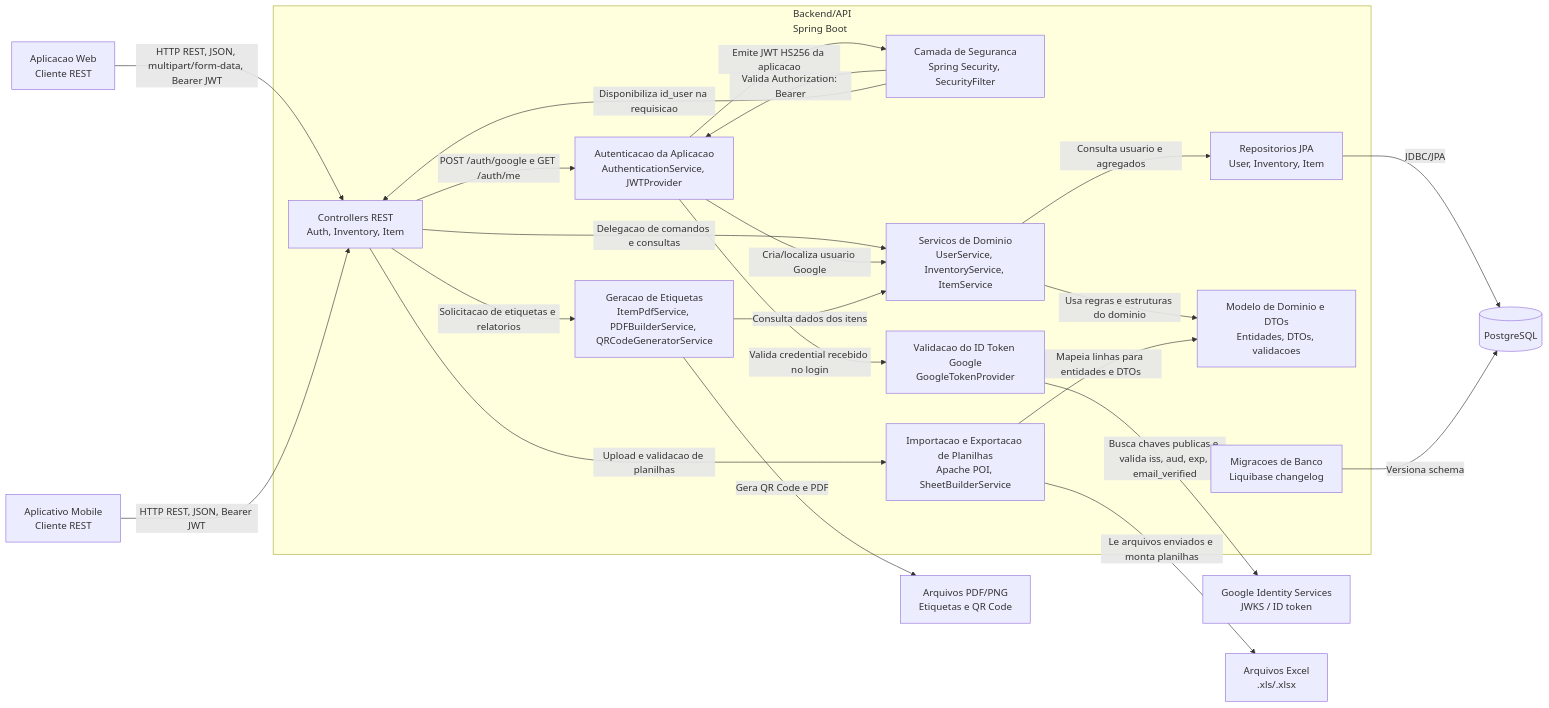
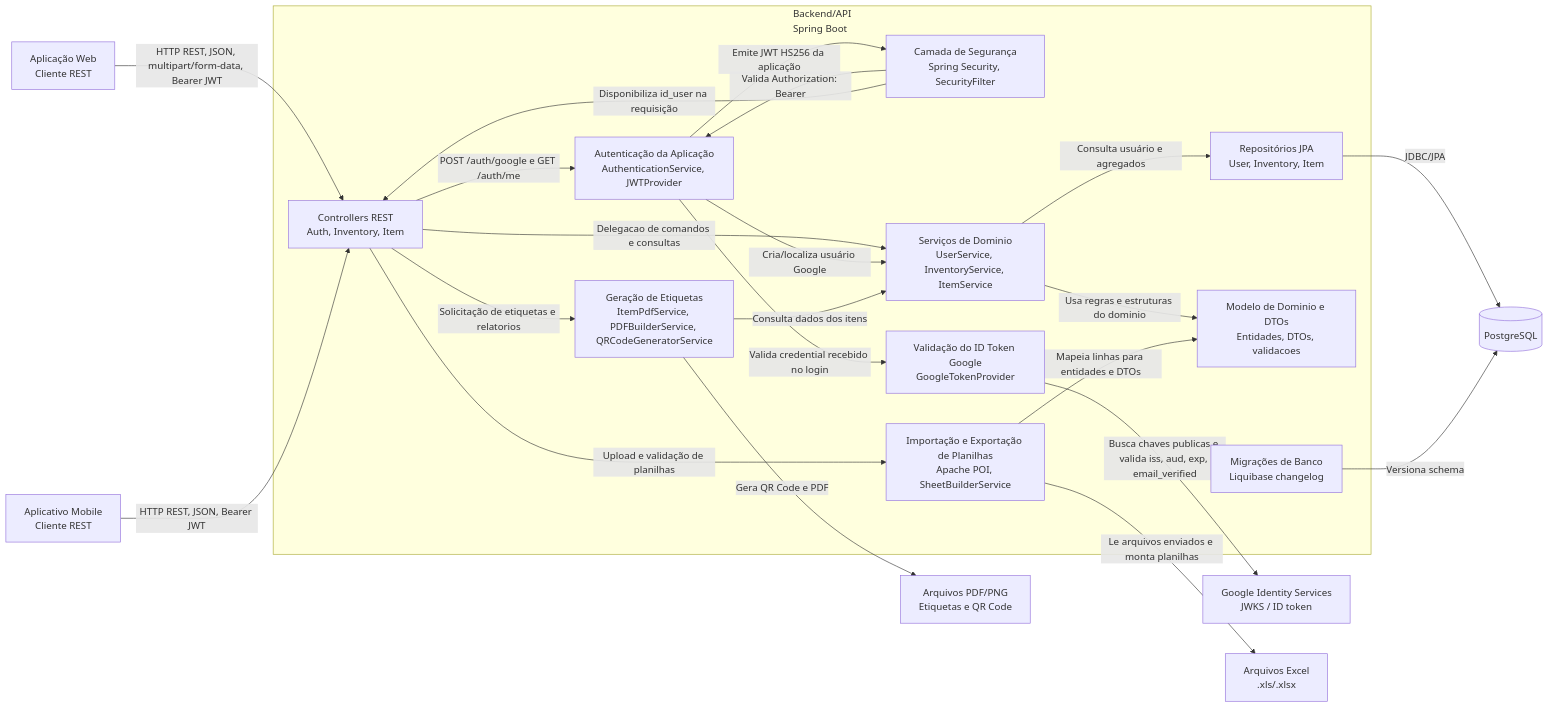
Before and after one commit to ifpebj-ti/inventario-patrimonio-cces: the first of 3 diagrams in docs/wiki/C4-Componentes.md, drawn with Mermaid. The commit also changed other lines of this file and 22 other files, not shown here.

````diff
--- a/docs/wiki/C4-Componentes.md
+++ b/docs/wiki/C4-Componentes.md
@@ -25,46 +25,46 @@
 ```mermaid
 flowchart LR
-    web["Aplicacao Web<br/>Cliente REST"]
+    web["Aplicação Web<br/>Cliente REST"]
     mobile["Aplicativo Mobile<br/>Cliente REST"]
 
     subgraph backend["Backend/API<br/>Spring Boot"]
         controllers["Controllers REST<br/>Auth, Inventory, Item"]
-        security["Camada de Seguranca<br/>Spring Security, SecurityFilter"]
-        googleAuth["Validacao do ID Token Google<br/>GoogleTokenProvider"]
-        auth["Autenticacao da Aplicacao<br/>AuthenticationService, JWTProvider"]
-        domainServices["Servicos de Dominio<br/>UserService, InventoryService, ItemService"]
-        fileProcessing["Importacao e Exportacao de Planilhas<br/>Apache POI, SheetBuilderService"]
-        labelGeneration["Geracao de Etiquetas<br/>ItemPdfService, PDFBuilderService, QRCodeGeneratorService"]
-        repositories["Repositorios JPA<br/>User, Inventory, Item"]
+        security["Camada de Segurança<br/>Spring Security, SecurityFilter"]
+        googleAuth["Validação do ID Token Google<br/>GoogleTokenProvider"]
+        auth["Autenticação da Aplicação<br/>AuthenticationService, JWTProvider"]
+        domainServices["Serviços de Dominio<br/>UserService, InventoryService, ItemService"]
+        fileProcessing["Importação e Exportação de Planilhas<br/>Apache POI, SheetBuilderService"]
+        labelGeneration["Geração de Etiquetas<br/>ItemPdfService, PDFBuilderService, QRCodeGeneratorService"]
+        repositories["Repositórios JPA<br/>User, Inventory, Item"]
         model["Modelo de Dominio e DTOs<br/>Entidades, DTOs, validacoes"]
-        migrations["Migracoes de Banco<br/>Liquibase changelog"]
+        migrations["Migrações de Banco<br/>Liquibase changelog"]
     end
 
     db[("PostgreSQL")]
     google["Google Identity Services<br/>JWKS / ID token"]
     excel["Arquivos Excel<br/>.xls/.xlsx"]
     pdf["Arquivos PDF/PNG<br/>Etiquetas e QR Code"]
 
     web -->|"HTTP REST, JSON, multipart/form-data, Bearer JWT"| controllers
     mobile -->|"HTTP REST, JSON, Bearer JWT"| controllers
 
     controllers -->|"Delegacao de comandos e consultas"| domainServices
     controllers -->|"POST /auth/google e GET /auth/me"| auth
-    controllers -->|"Upload e validacao de planilhas"| fileProcessing
-    controllers -->|"Solicitacao de etiquetas e relatorios"| labelGeneration
+    controllers -->|"Upload e validação de planilhas"| fileProcessing
+    controllers -->|"Solicitação de etiquetas e relatorios"| labelGeneration
 
     security -->|"Valida Authorization: Bearer"| auth
-    security -->|"Disponibiliza id_user na requisicao"| controllers
+    security -->|"Disponibiliza id_user na requisição"| controllers
     auth -->|"Valida credential recebido no login"| googleAuth
     googleAuth -->|"Busca chaves publicas e valida iss, aud, exp, email_verified"| google
-    auth -->|"Cria/localiza usuario Google"| domainServices
-    auth -->|"Emite JWT HS256 da aplicacao"| security
-    domainServices -->|"Consulta usuario e agregados"| repositories
+    auth -->|"Cria/localiza usuário Google"| domainServices
+    auth -->|"Emite JWT HS256 da aplicação"| security
+    domainServices -->|"Consulta usuário e agregados"| repositories
     domainServices -->|"Usa regras e estruturas do dominio"| model
     fileProcessing -->|"Le arquivos enviados e monta planilhas"| excel
     fileProcessing -->|"Mapeia linhas para entidades e DTOs"| model
     labelGeneration -->|"Gera QR Code e PDF"| pdf
     labelGeneration -->|"Consulta dados dos itens"| domainServices
     repositories -->|"JDBC/JPA"| db
     migrations -->|"Versiona schema"| db
 ```
````
